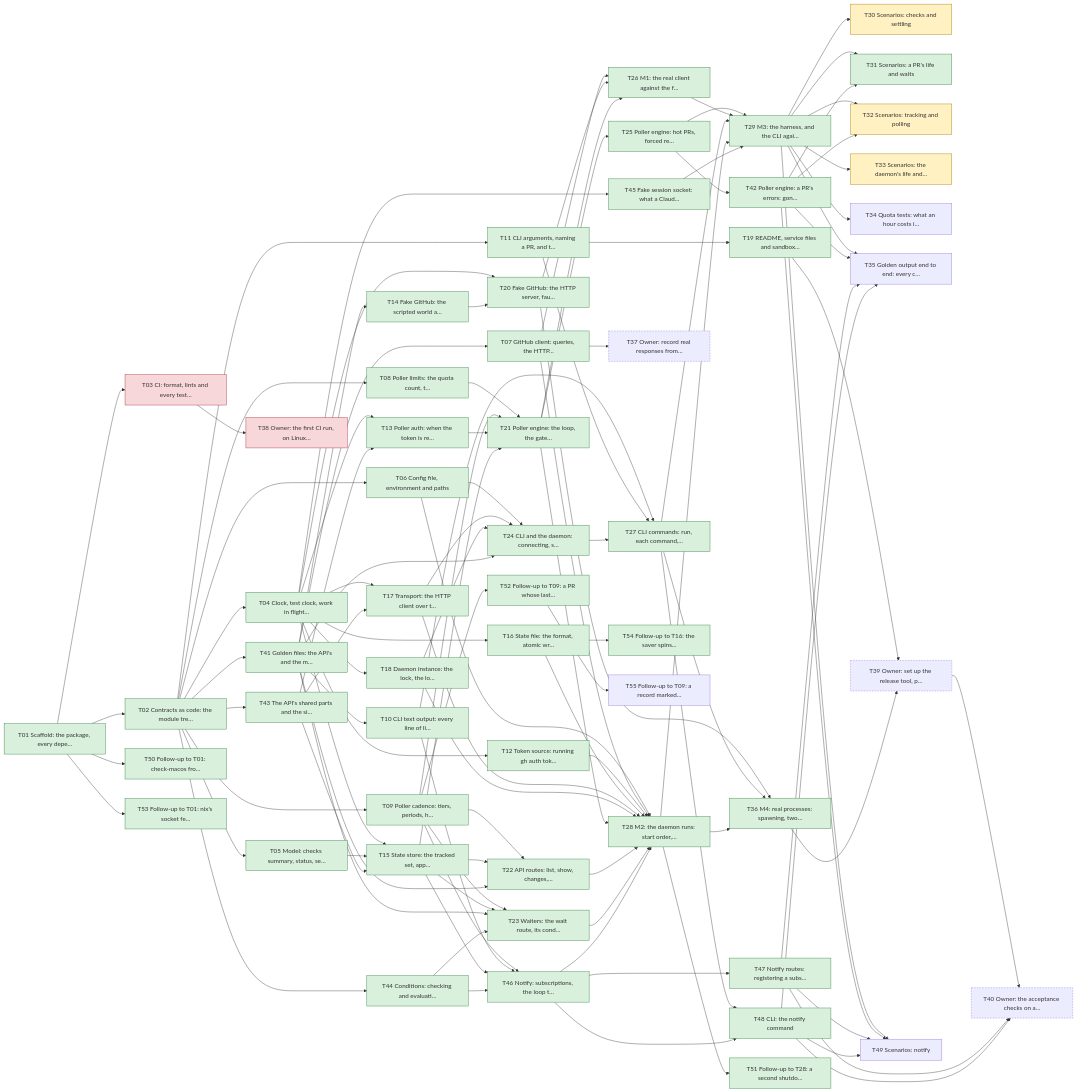
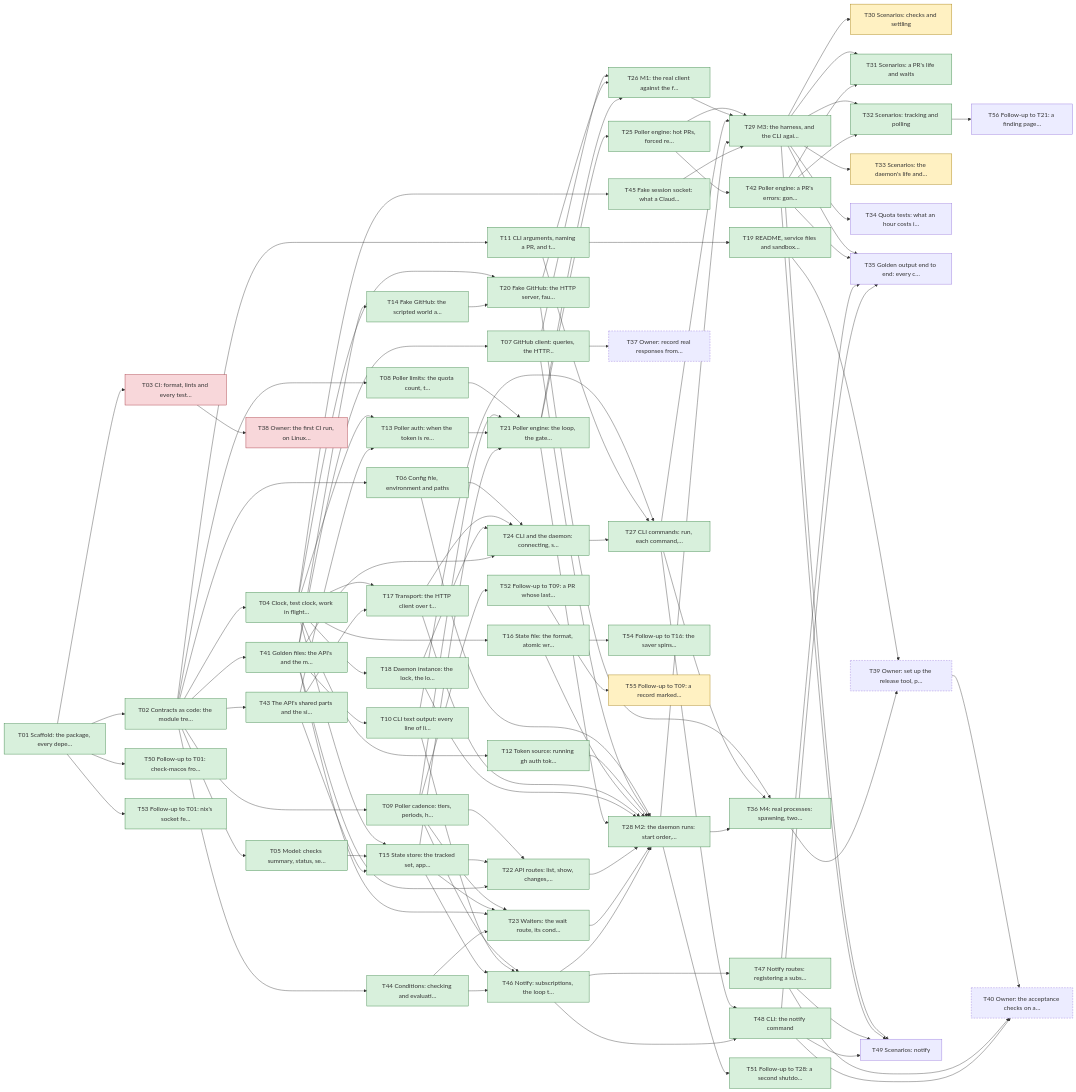
One commit to yachiko/circitor changed the diagram in plan/README.md. Above: the diagram before and after it, drawn with Mermaid. The commit also changed other lines of this file and 7 other files, not shown here.

Commit message:
Record T32 as done; D15 and follow-up T56

```diff
--- a/plan/README.md
+++ b/plan/README.md
@@ -173,7 +174,7 @@
   T29["T29 M3: the harness, and the CLI agai…"]:::done
   T30["T30 Scenarios: checks and settling"]:::active
   T31["T31 Scenarios: a PR's life and waits"]:::done
-  T32["T32 Scenarios: tracking and polling"]:::active
+  T32["T32 Scenarios: tracking and polling"]:::done
   T33["T33 Scenarios: the daemon's life and…"]:::active
   T34["T34 Quota tests: what an hour costs i…"]
   T35["T35 Golden output end to end: every c…"]
@@ -196,7 +197,8 @@
   T52["T52 Follow-up to T09: a PR whose last…"]:::done
   T53["T53 Follow-up to T01: nix's socket fe…"]:::done
   T54["T54 Follow-up to T16: the saver spins…"]:::done
-  T55["T55 Follow-up to T09: a record marked…"]
+  T55["T55 Follow-up to T09: a record marked…"]:::active
+  T56["T56 Follow-up to T21: a finding page…"]
   T01 --> T02
   T01 --> T03
   T02 --> T04
@@ -301,6 +303,7 @@
   T01 --> T53
   T16 --> T54
   T52 --> T55
+  T32 --> T56
   classDef done fill:#d8f0dc,stroke:#2f7d3b
   classDef active fill:#fff1c2,stroke:#a07800
   classDef blocked fill:#f8d7da,stroke:#a12a35
```
